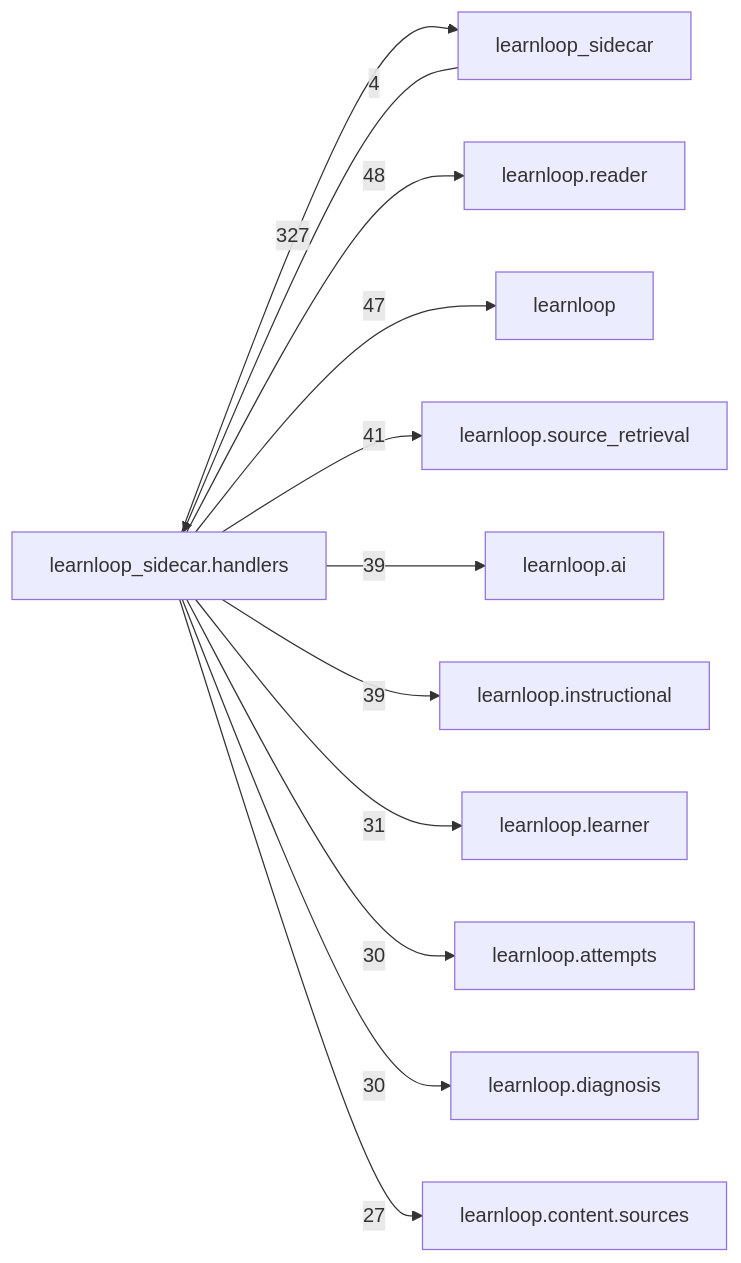
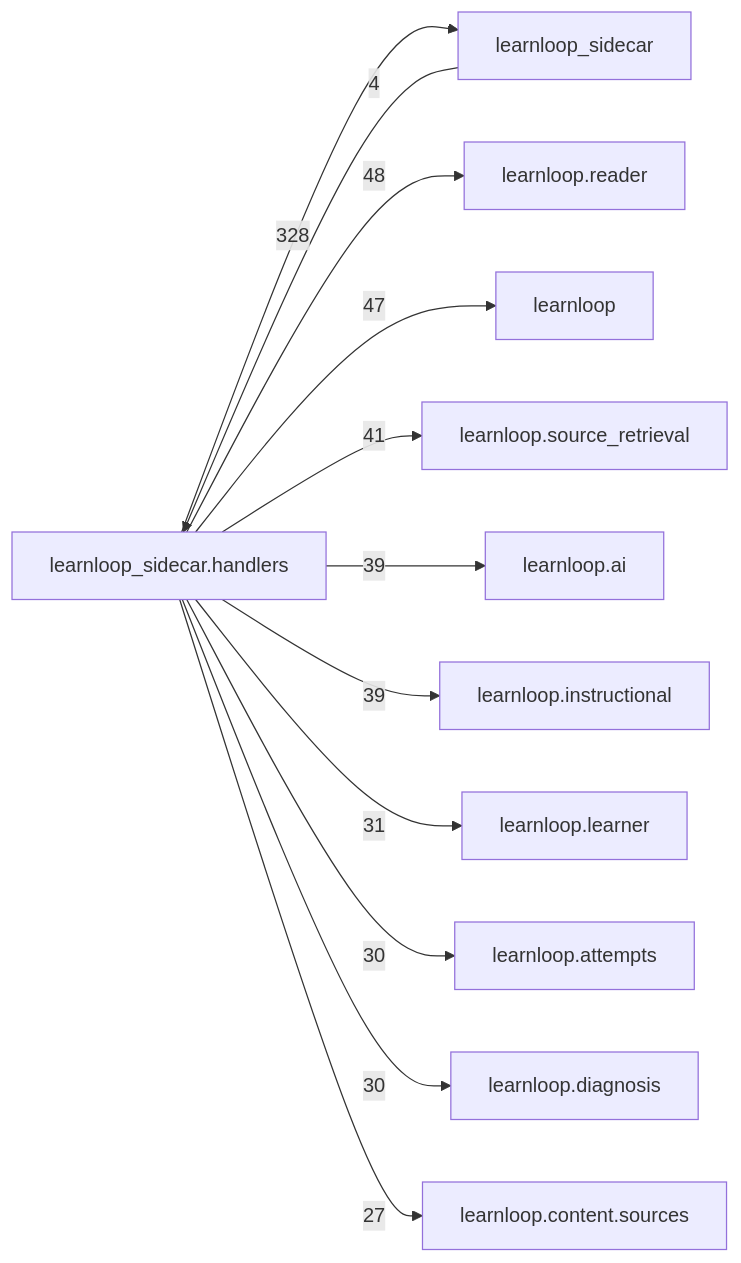
Before and after one commit to 6up-b/learnanything: the diagram in docs/learnloop-architecture-vault/Reference/Modules/learnloop_sidecar/handlers/_package.md, drawn with Mermaid. The commit also changed other lines of this file and 559 other files, not shown here.

````diff
--- a/docs/learnloop-architecture-vault/Reference/Modules/learnloop_sidecar/handlers/_package.md
+++ b/docs/learnloop-architecture-vault/Reference/Modules/learnloop_sidecar/handlers/_package.md
@@ -266,25 +266,25 @@
 ```mermaid
 flowchart LR
     center["learnloop_sidecar.handlers"]
     n_learnloop_sidecar["learnloop_sidecar"]
     n_learnloop_reader["learnloop.reader"]
     n_learnloop["learnloop"]
     n_learnloop_source_retrieval["learnloop.source_retrieval"]
     n_learnloop_ai["learnloop.ai"]
     n_learnloop_instructional["learnloop.instructional"]
     n_learnloop_learner["learnloop.learner"]
     n_learnloop_attempts["learnloop.attempts"]
     n_learnloop_diagnosis["learnloop.diagnosis"]
     n_learnloop_content_sources["learnloop.content.sources"]
     n_learnloop_sidecar -->|4| center
-    center -->|327| n_learnloop_sidecar
+    center -->|328| n_learnloop_sidecar
     center -->|48| n_learnloop_reader
     center -->|47| n_learnloop
     center -->|41| n_learnloop_source_retrieval
     center -->|39| n_learnloop_ai
     center -->|39| n_learnloop_instructional
     center -->|31| n_learnloop_learner
     center -->|30| n_learnloop_attempts
     center -->|30| n_learnloop_diagnosis
     center -->|27| n_learnloop_content_sources
 ```
````
